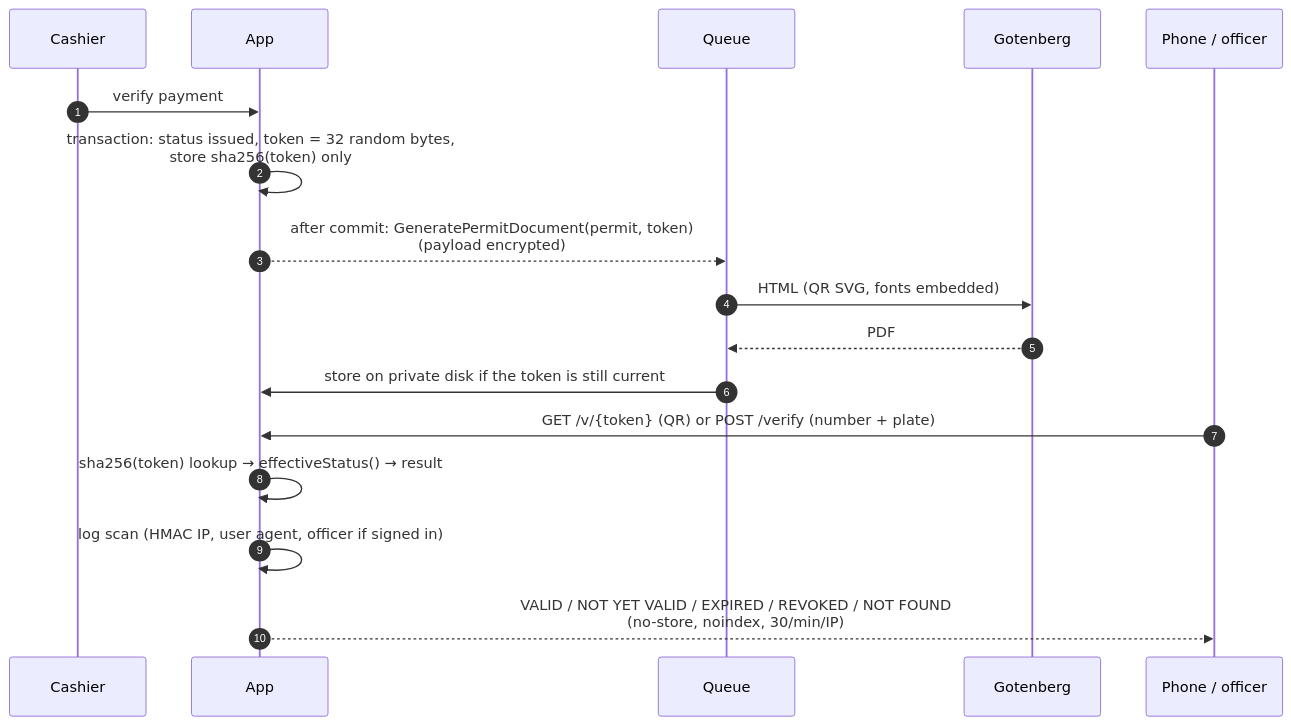
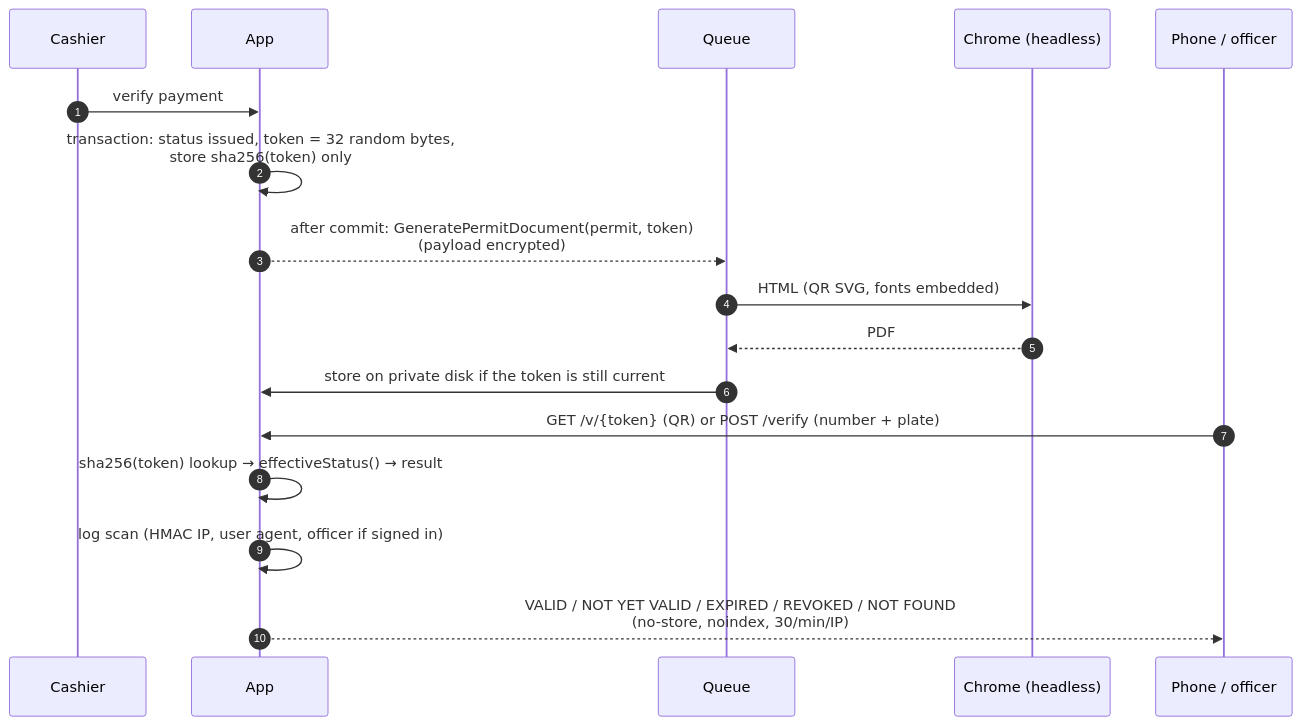
One commit to erkihunb/Heavy changed the third of 5 diagrams in docs/ARCHITECTURE.md. Above: the diagram before and after it, drawn with Mermaid. The commit also changed other lines of this file and 16 other files, not shown here.

First line of the commit message:
feat(documents): print permit PDFs with Chrome on the server, not Gotenberg

````diff
--- a/docs/ARCHITECTURE.md
+++ b/docs/ARCHITECTURE.md
@@ -95,19 +95,19 @@
 ```mermaid
 sequenceDiagram
     autonumber
     participant Cashier
     participant App
     participant Queue
-    participant Gotenberg
+    participant Chrome as Chrome (headless)
     participant Phone as Phone / officer
     Cashier->>App: verify payment
     App->>App: transaction: status issued, token = 32 random bytes,<br/>store sha256(token) only
     App-->>Queue: after commit: GeneratePermitDocument(permit, token)<br/>(payload encrypted)
-    Queue->>Gotenberg: HTML (QR SVG, fonts embedded)
-    Gotenberg-->>Queue: PDF
+    Queue->>Chrome: HTML (QR SVG, fonts embedded)
+    Chrome-->>Queue: PDF
     Queue->>App: store on private disk if the token is still current
     Phone->>App: GET /v/{token} (QR) or POST /verify (number + plate)
     App->>App: sha256(token) lookup → effectiveStatus() → result
     App->>App: log scan (HMAC IP, user agent, officer if signed in)
     App-->>Phone: VALID / NOT YET VALID / EXPIRED / REVOKED / NOT FOUND<br/>(no-store, noindex, 30/min/IP)
 ```
````
